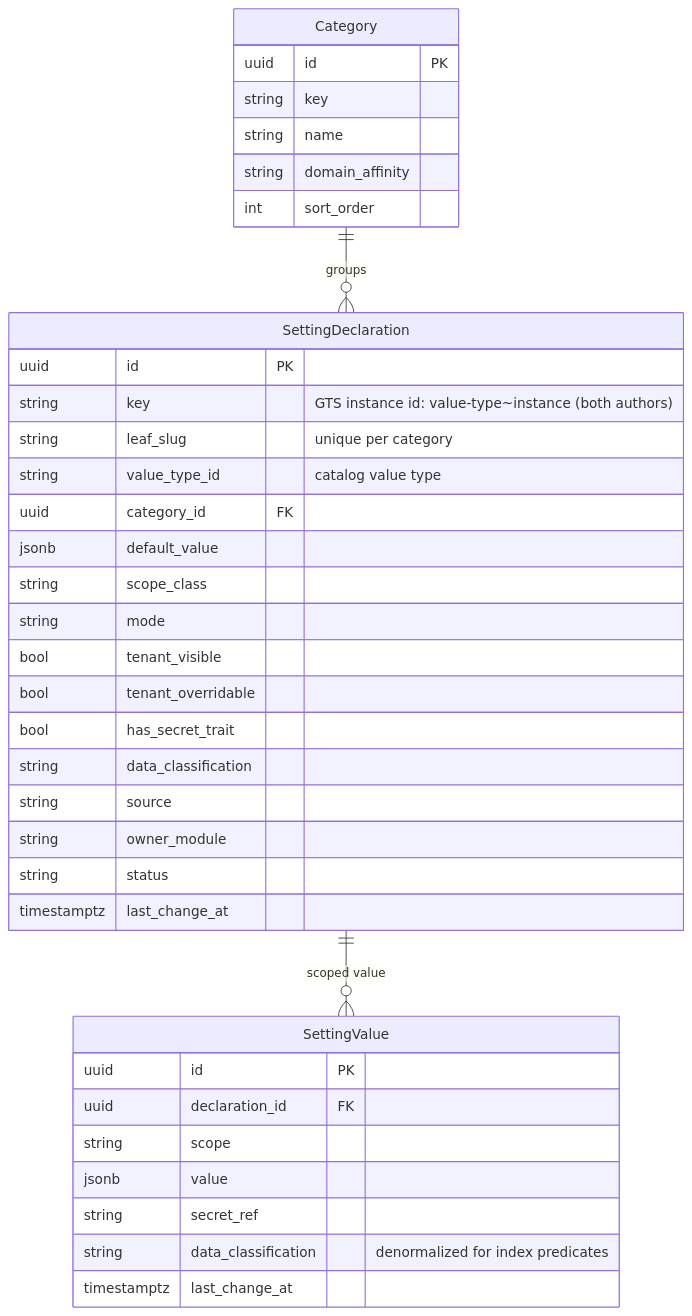
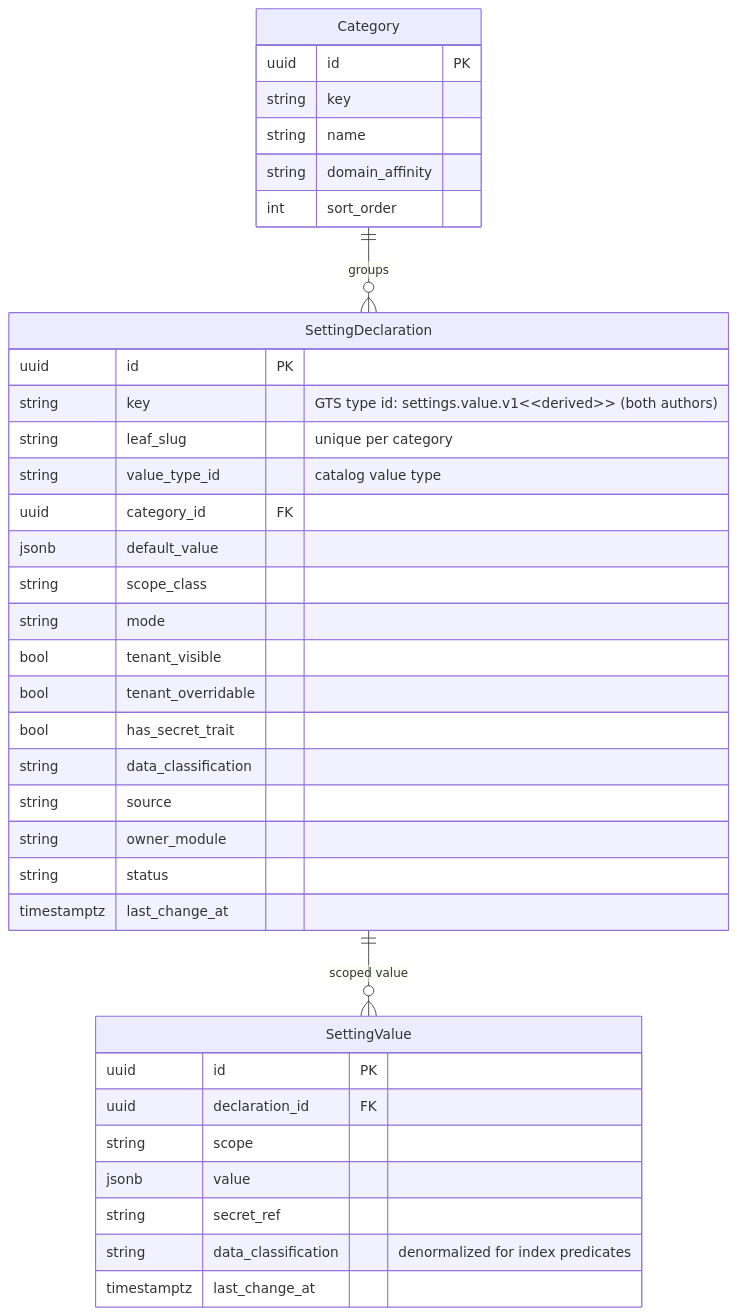
The third of 7 diagrams in gears/settings-service/docs/DESIGN.md (Andrei-Iliushin-Constructor/gears-rust), drawn with Mermaid before and after one commit. The commit also changed other lines of this file and 1 other file, not shown here.

````diff
--- a/gears/settings-service/docs/DESIGN.md
+++ b/gears/settings-service/docs/DESIGN.md
@@ -616,40 +616,40 @@
 ```mermaid
 erDiagram
  Category ||--o{ SettingDeclaration : "groups"
  SettingDeclaration ||--o{ SettingValue : "scoped value"
 
  Category {
  uuid id PK
  string key
  string name
  string domain_affinity
  int sort_order
  }
  SettingDeclaration {
  uuid id PK
- string key "GTS instance id: value-type~instance (both authors)"
+ string key "GTS type id: settings.value.v1~<derived>~ (both authors)"
  string leaf_slug "unique per category"
  string value_type_id "catalog value type"
  uuid category_id FK
  jsonb default_value
  string scope_class
  string mode
  bool tenant_visible
  bool tenant_overridable
  bool has_secret_trait
  string data_classification
  string source
  string owner_module
  string status
  timestamptz last_change_at
  }
  SettingValue {
  uuid id PK
  uuid declaration_id FK
  string scope
  jsonb value
  string secret_ref
  string data_classification "denormalized for index predicates"
  timestamptz last_change_at
  }
 ```
````
